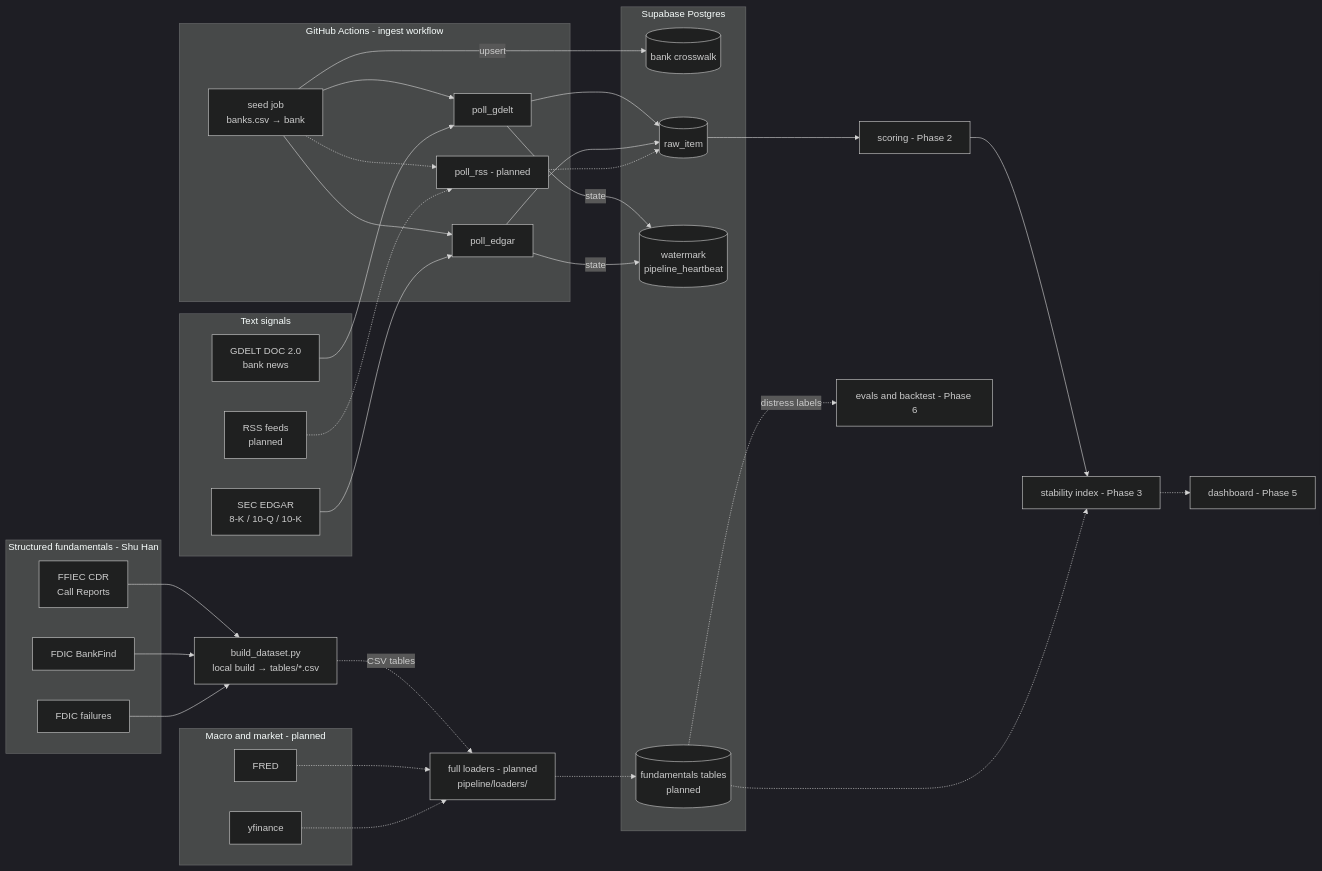
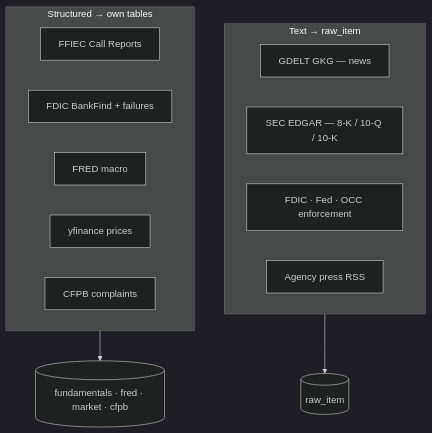
The third of 4 diagrams in README.md (HOSH19/PNC_Capstone), drawn with Mermaid (dark theme) before and after one commit. The commit also changed other lines of this file, not shown here.

First line of the commit message:
Refresh README to reflect the live pipeline and combined backtest results.

````diff
--- a/README.md
+++ b/README.md
@@ -122,63 +84,20 @@
 ```mermaid
-flowchart LR
-    subgraph SRC_TEXT[Text signals]
-        GDELT[GDELT DOC 2.0<br/>bank news]
-        EDGAR[SEC EDGAR<br/>8-K / 10-Q / 10-K]
-        RSS[RSS feeds<br/>planned]
+flowchart TB
+    subgraph TEXT[Text → raw_item]
+        GKG[GDELT GKG — news]
+        EDGAR[SEC EDGAR — 8-K / 10-Q / 10-K]
+        ENF[FDIC · Fed · OCC enforcement]
+        RSS[Agency press RSS]
     end
 
-    subgraph SRC_STRUCT[Structured fundamentals - Shu Han]
-        FFIEC[FFIEC CDR<br/>Call Reports]
-        FDIC[FDIC BankFind]
-        FAIL[FDIC failures]
+    subgraph STRUCT[Structured → own tables]
+        FFIEC[FFIEC Call Reports]
+        FDIC[FDIC BankFind + failures]
+        FRED[FRED macro]
+        YF[yfinance prices]
+        CFPB[CFPB complaints]
     end
 
-    subgraph SRC_MKT[Macro and market - planned]
-        FRED[FRED]
-        YF[yfinance]
-    end
-
-    subgraph ACTIONS[GitHub Actions - ingest workflow]
-        SEED[seed job<br/>banks.csv → bank]
-        PG[poll_gdelt]
-        PE[poll_edgar]
-        PRSS[poll_rss - planned]
-        SEED --> PG
-        SEED --> PE
-        SEED -.-> PRSS
-    end
-
-    BUILD[build_dataset.py<br/>local build → tables/*.csv]
-    LOADERS[full loaders - planned<br/>pipeline/loaders/]
-
-    GDELT --> PG
-    EDGAR --> PE
-    RSS -.-> PRSS
-    FFIEC --> BUILD
-    FDIC --> BUILD
-    FAIL --> BUILD
-    BUILD -.->|CSV tables| LOADERS
-    FRED -.-> LOADERS
-    YF -.-> LOADERS
-
-    subgraph DB[Supabase Postgres]
-        BANKT[(bank crosswalk)]
-        RAW[(raw_item)]
-        OPS[(watermark<br/>pipeline_heartbeat)]
-        FUND[(fundamentals tables<br/>planned)]
-    end
-
-    SEED -->|upsert| BANKT
-    PG --> RAW
-    PE --> RAW
-    PG -->|state| OPS
-    PE -->|state| OPS
-    PRSS -.-> RAW
-    LOADERS -.-> FUND
-
-    RAW --> SCORE[scoring - Phase 2]
-    SCORE --> IDX[stability index - Phase 3]
-    FUND -.-> IDX
-    IDX -.-> DASH[dashboard - Phase 5]
-    FUND -.->|distress labels| EVAL[evals and backtest - Phase 6]
+    TEXT --> RAW[(raw_item)]
+    STRUCT --> TBL[(fundamentals · fred · market · cfpb)]
 ```
````
